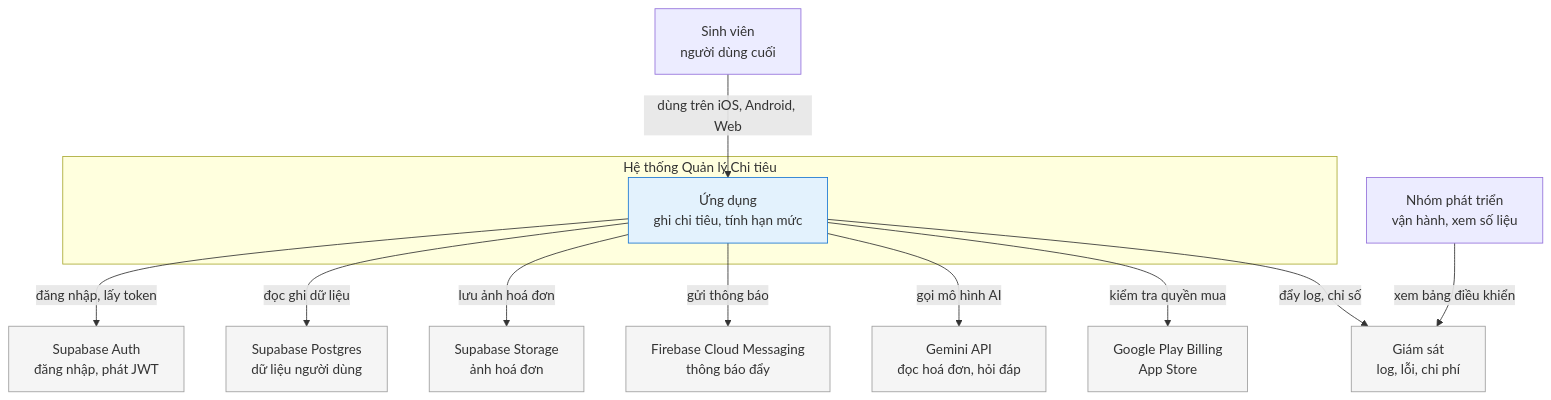
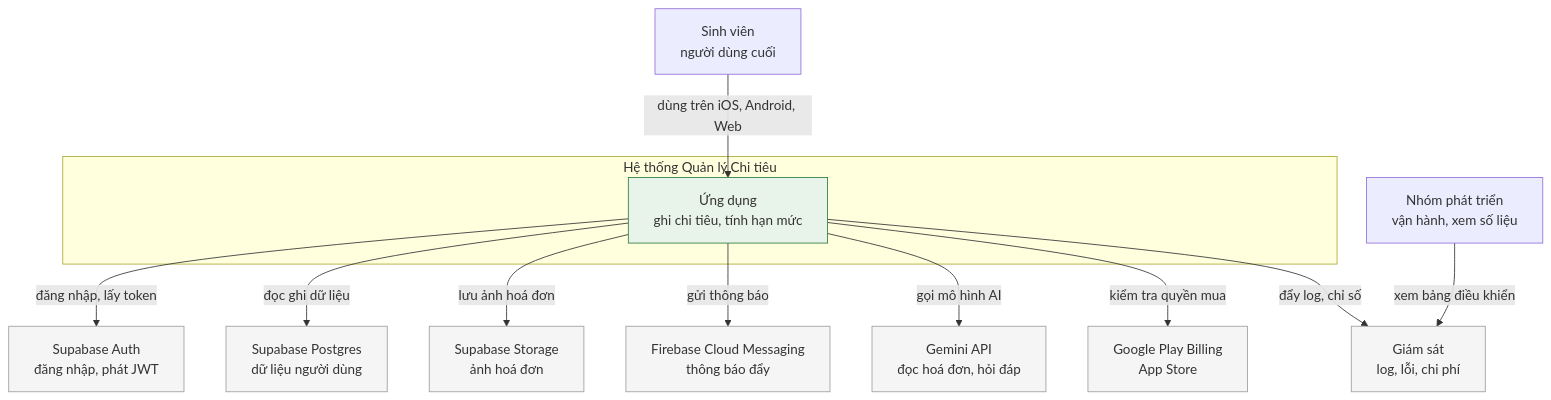
One commit to ThanhBinhITDev/quan-ly-chi-tieu-va-thu-nhap-ca-nhan changed the first of 10 diagrams in docs/system-design/00-architecture.md. Above: the diagram before and after it, drawn with Mermaid. The commit also changed 3 other files, not shown here.

````diff
--- a/docs/system-design/00-architecture.md
+++ b/docs/system-design/00-architecture.md
@@ -64,32 +64,32 @@
 ```mermaid
 graph TB
     SV["Sinh viên<br/>người dùng cuối"]
     ADM["Nhóm phát triển<br/>vận hành, xem số liệu"]
 
     subgraph SYS["Hệ thống Quản lý Chi tiêu"]
         CORE["Ứng dụng<br/>ghi chi tiêu, tính hạn mức"]
     end
 
     IDP["Supabase Auth<br/>đăng nhập, phát JWT"]
     DB["Supabase Postgres<br/>dữ liệu người dùng"]
     ST["Supabase Storage<br/>ảnh hoá đơn"]
     FCM["Firebase Cloud Messaging<br/>thông báo đẩy"]
     GEM["Gemini API<br/>đọc hoá đơn, hỏi đáp"]
     GP["Google Play Billing<br/>App Store"]
     MON["Giám sát<br/>log, lỗi, chi phí"]
 
     SV -->|"dùng trên iOS, Android, Web"| CORE
     CORE -->|"đăng nhập, lấy token"| IDP
     CORE -->|"đọc ghi dữ liệu"| DB
     CORE -->|"lưu ảnh hoá đơn"| ST
     CORE -->|"gửi thông báo"| FCM
     CORE -->|"gọi mô hình AI"| GEM
     CORE -->|"kiểm tra quyền mua"| GP
     CORE -->|"đẩy log, chỉ số"| MON
     ADM -->|"xem bảng điều khiển"| MON
 
     classDef ext fill:#F5F5F5,stroke:#9E9E9E
-    classDef sys fill:#E3F2FD,stroke:#1976D2
+    classDef sys fill:#E8F3EA,stroke:#2D7C3D
     class IDP,DB,ST,FCM,GEM,GP,MON ext
     class CORE sys
 ```
````
